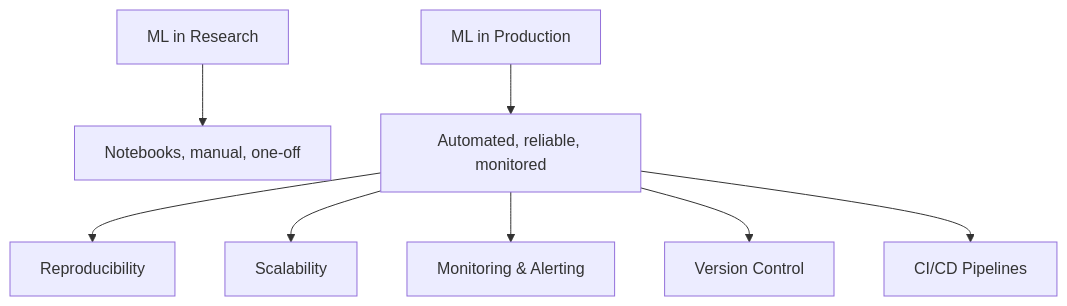
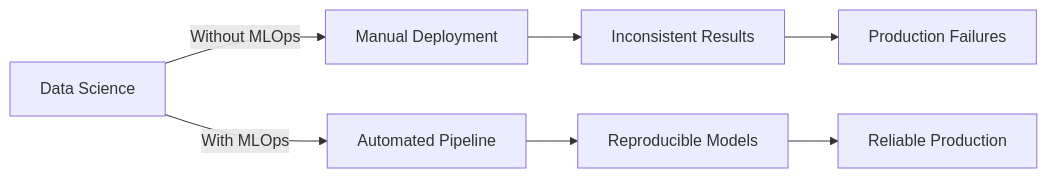
One commit to vanos001/placement_prep changed the first of 2 diagrams in src/ml/mlops/README.md. Above: the diagram before and after it, drawn with Mermaid. The commit also changed other lines of this file and 43 other files, not shown here.

````diff
--- a/src/ml/mlops/README.md
+++ b/src/ml/mlops/README.md
@@ -9,10 +9,10 @@
 ```mermaid
-graph TD
-    A[ML in Research] --> B[Notebooks, manual, one-off]
-    C[ML in Production] --> D[Automated, reliable, monitored]
-    D --> E[Reproducibility]
-    D --> F[Scalability]
-    D --> G[Monitoring & Alerting]
-    D --> H[Version Control]
-    D --> I[CI/CD Pipelines]
+graph LR
+    A[Data Science] -->|Without MLOps| B[Manual Deployment]
+    B --> C[Inconsistent Results]
+    C --> D[Production Failures]
+    
+    A -->|With MLOps| E[Automated Pipeline]
+    E --> F[Reproducible Models]
+    F --> G[Reliable Production]
 ```
````
